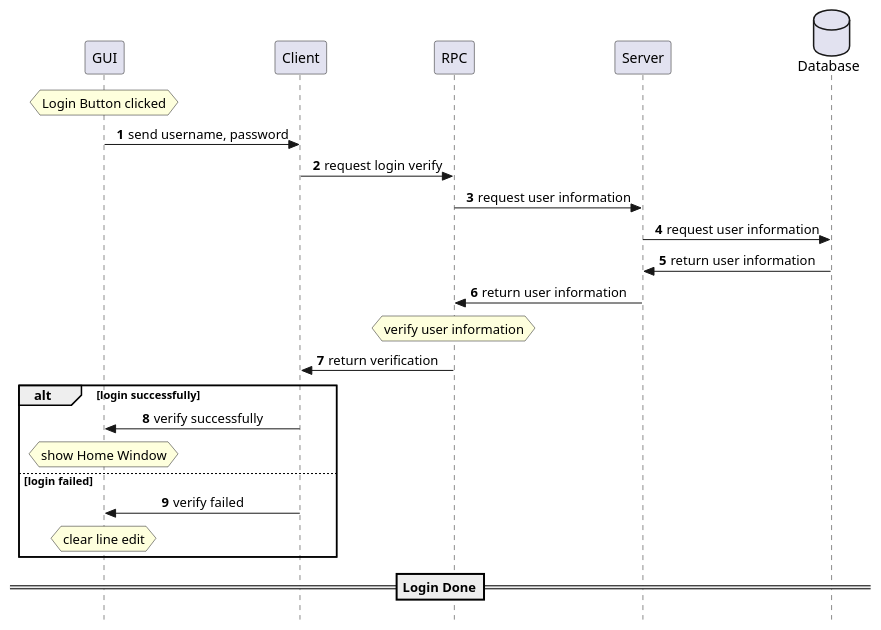
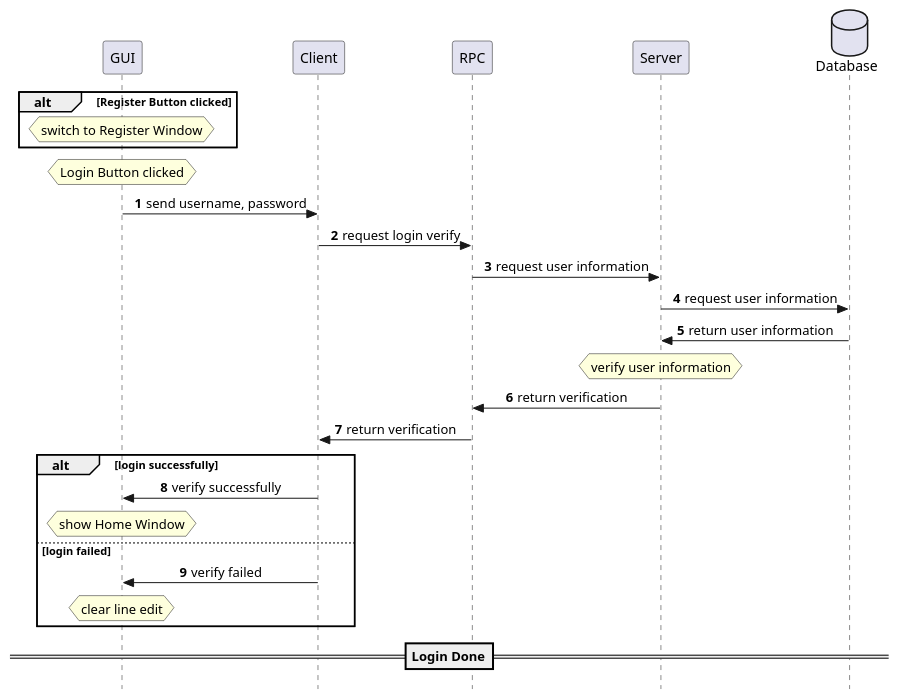
Before and after one commit to jack41402/Networking-Final: the diagram in Docs/Flow Chart/login.puml, drawn with PlantUML. The commit also changed 13 other files, not shown here.

```diff
--- a/Docs/Flow Chart/login.puml
+++ b/Docs/Flow Chart/login.puml
@@ -1,33 +1,36 @@
 @startuml
 'https://plantuml.com/sequence-diagram
 skinparam sequenceMessageAlign center
 skinparam responseMessageBelowArrow false
 skinparam style strictuml
 hide unlinked
 autonumber
 
 database "Database" as sql order 4
 participant "Server" as server order 3
 participant "RPC" as rpc order 2
 participant "Client" as client order 1
 participant "GUI" as gui order 0
 
+alt Register Button clicked
+    hnote over gui: switch to Register Window
+end
 hnote over gui: Login Button clicked
 gui -> client: send username, password
 client -> rpc: request login verify
 rpc -> server: request user information
 server -> sql: request user information
 server <- sql: return user information
-rpc <- server: return user information
-hnote over rpc: verify user information
+hnote over server: verify user information
+rpc <- server: return verification
 client <- rpc: return verification
 alt login successfully
     gui <- client: verify successfully
     hnote over gui: show Home Window
 else login failed
     gui <- client: verify failed
     hnote over gui: clear line edit
 end
 ==Login Done==
 
 @enduml
```
